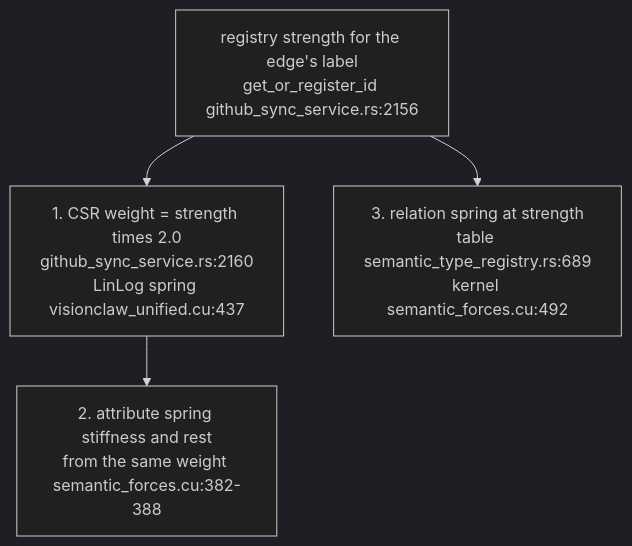
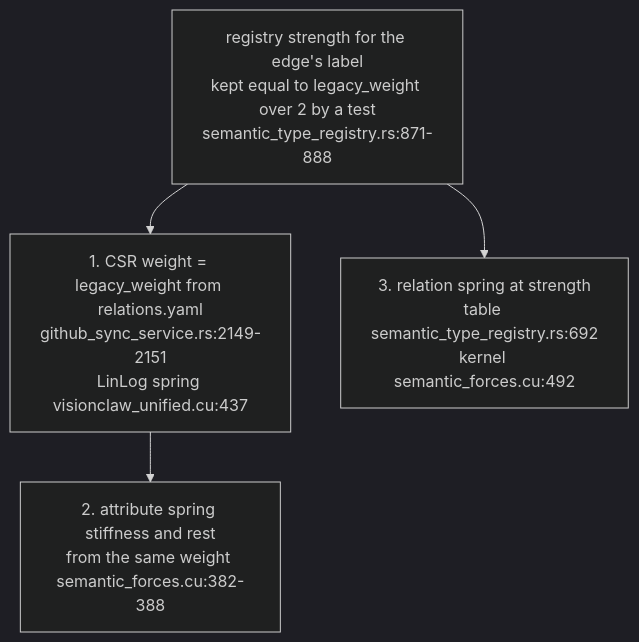
One commit to DreamLab-AI/VisionFlow changed the fifth of 5 diagrams in docs/diagrams/visionclaw/59-force-terms-and-where-configured.md. Above: the diagram before and after it, drawn with Mermaid (dark theme). The commit also changed other lines of this file and 2 other files, not shown here.

First line of the commit message:
diagrams(visionclaw): re-verify VC-59, VC-60, VC-61 at visionclaw 4900ec60b

````diff
--- a/docs/diagrams/visionclaw/59-force-terms-and-where-configured.md
+++ b/docs/diagrams/visionclaw/59-force-terms-and-where-configured.md
@@ -117,6 +119,6 @@
 ```mermaid
 flowchart TB
-    STR["registry strength for the edge's label<br/>get_or_register_id github_sync_service.rs:2156"] --> CSRW["1. CSR weight = strength times 2.0<br/>github_sync_service.rs:2160<br/>LinLog spring visionclaw_unified.cu:437"]
+    STR["registry strength for the edge's label<br/>kept equal to legacy_weight over 2 by a test<br/>semantic_type_registry.rs:871-888"] --> CSRW["1. CSR weight = legacy_weight from relations.yaml<br/>github_sync_service.rs:2149-2151<br/>LinLog spring visionclaw_unified.cu:437"]
     CSRW --> ATT["2. attribute spring stiffness and rest<br/>from the same weight semantic_forces.cu:382-388"]
-    STR --> REL["3. relation spring at strength<br/>table semantic_type_registry.rs:689<br/>kernel semantic_forces.cu:492"]
+    STR --> REL["3. relation spring at strength<br/>table semantic_type_registry.rs:692<br/>kernel semantic_forces.cu:492"]
 ```
````
